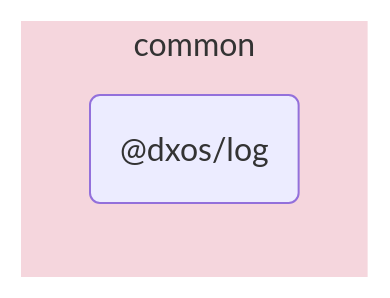
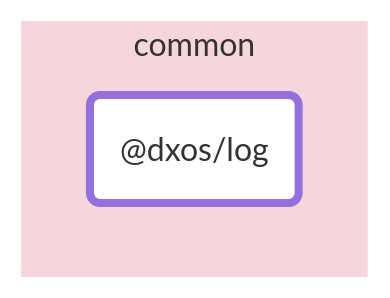
The diagram in packages/common/log/docs/README.md (dxos/dxos), drawn with Mermaid before and after one commit. The commit also changed other lines of this file and 88 other files, not shown here.

````diff
--- a/packages/common/log/docs/README.md
+++ b/packages/common/log/docs/README.md
@@ -5,9 +7,12 @@
 ```mermaid
 flowchart LR;
+
+style dxos/log fill:#fff,stroke-width:4px;
+
 
 subgraph common
   style common fill:#f5d6dd,stroke:#fff;
   dxos/log("@dxos/log");
 end
 
 ```
````
